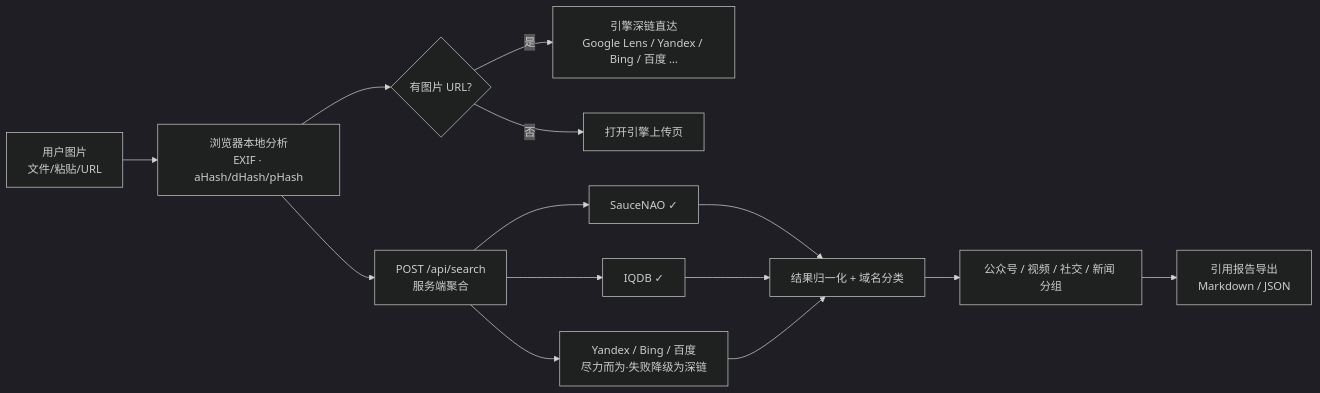
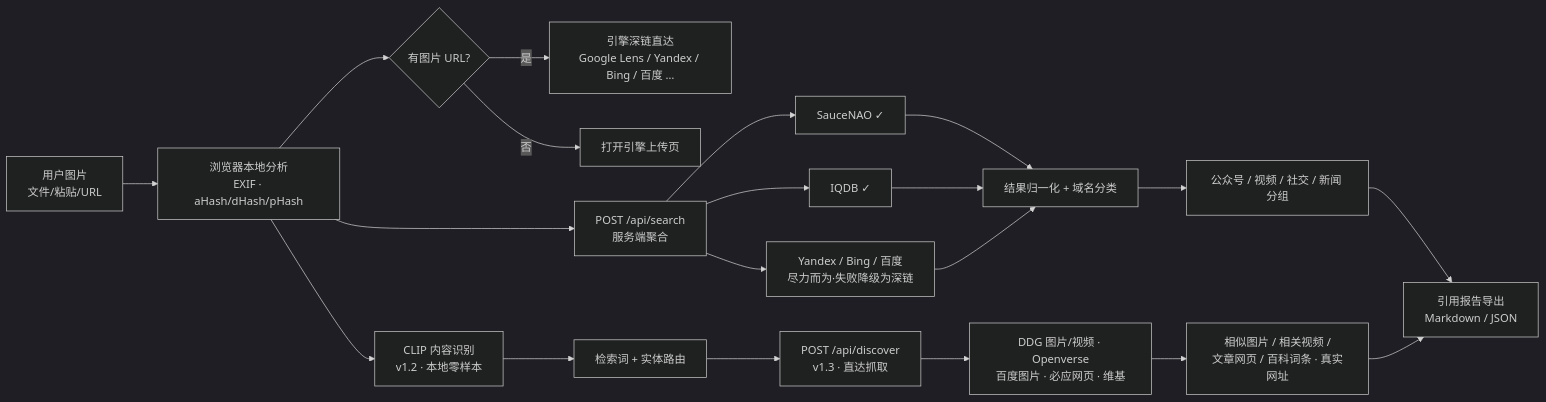
The first of 6 diagrams in README.md (xiaoanping-101/pictrace), drawn with Mermaid (dark theme) before and after one commit. The commit also changed other lines of this file and 6 other files, not shown here.

First line of the commit message:
docs: 同步 v1.3 改动到引用内容与流程图

````diff
--- a/README.md
+++ b/README.md
@@ -58,14 +58,19 @@
 ```mermaid
 flowchart LR
     A[用户图片<br/>文件/粘贴/URL] --> B[浏览器本地分析<br/>EXIF · aHash/dHash/pHash]
     B --> C1{有图片 URL?}
     C1 -- 是 --> D[引擎深链直达<br/>Google Lens / Yandex / Bing / 百度 …]
     C1 -- 否 --> E[打开引擎上传页]
     B --> F[POST /api/search<br/>服务端聚合]
     F --> G[SauceNAO ✓]
     F --> H[IQDB ✓]
     F --> I[Yandex / Bing / 百度<br/>尽力而为·失败降级为深链]
     G & H & I --> J[结果归一化 + 域名分类]
     J --> K[公众号 / 视频 / 社交 / 新闻 分组]
-    K --> L[引用报告导出<br/>Markdown / JSON]
+    B --> M[CLIP 内容识别<br/>v1.2 · 本地零样本]
+    M --> N[检索词 + 实体路由]
+    N --> O[POST /api/discover<br/>v1.3 · 直达抓取]
+    O --> P[DDG 图片/视频 · Openverse<br/>百度图片 · 必应网页 · 维基]
+    P --> Q[相似图片 / 相关视频 /<br/>文章网页 / 百科词条 · 真实网址]
+    K & Q --> L[引用报告导出<br/>Markdown / JSON]
 ```
````
